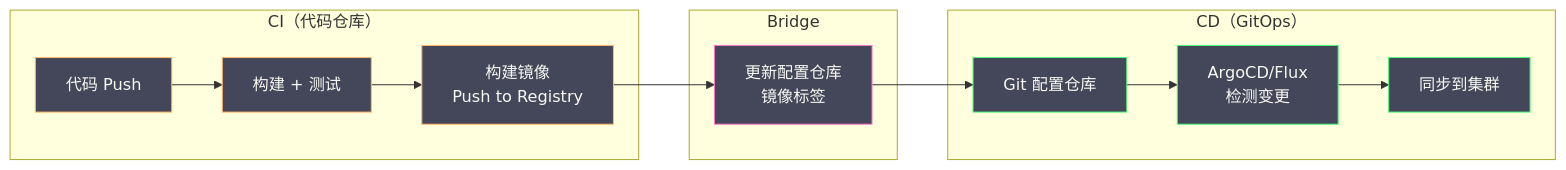
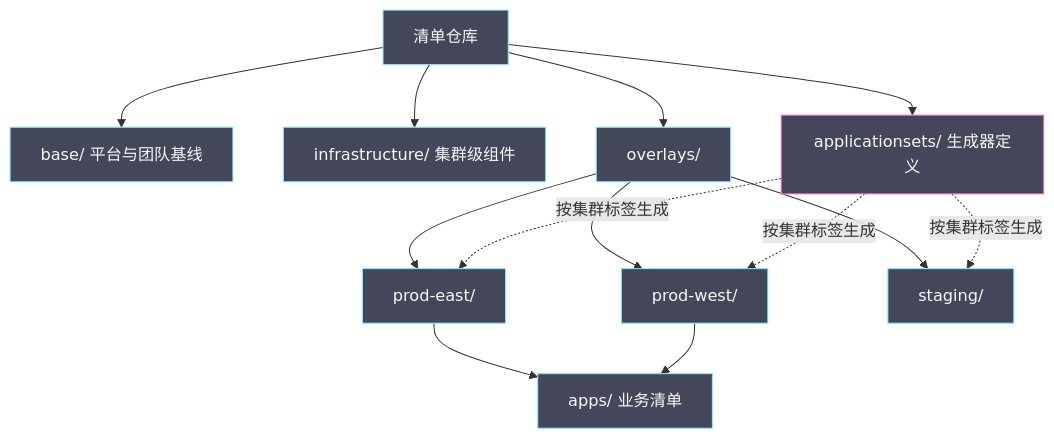
The fifth of 5 diagrams in content/云原生/Kubernetes/kubernetes生产实践与集群管理/05 应用交付——Helm Kustomize 与 GitOps.md (hpliStartAgain/my-brain), drawn with Mermaid before and after one commit. The commit also changed other lines of this file and 259 other files, not shown here.

````diff
--- a/content/云原生/Kubernetes/kubernetes生产实践与集群管理/05 应用交付——Helm Kustomize 与 GitOps.md
+++ b/content/云原生/Kubernetes/kubernetes生产实践与集群管理/05 应用交付——Helm Kustomize 与 GitOps.md
@@ -549,26 +552,22 @@
 ```mermaid
 %%{init: {'theme': 'dracula'}}%%
-graph LR
-    subgraph "CI（代码仓库）"
-        CODE["代码 Push"] --> BUILD["构建 + 测试"]
-        BUILD --> IMAGE["构建镜像</br>Push to Registry"]
-    end
+flowchart TD
+    ROOT["清单仓库"]
+    ROOT --> BASE["base/ 平台与团队基线"]
+    ROOT --> INFRA["infrastructure/ 集群级组件"]
+    ROOT --> OVL["overlays/"]
+    ROOT --> SET["applicationsets/ 生成器定义"]
+    OVL --> PE["prod-east/"]
+    OVL --> PW["prod-west/"]
+    OVL --> ST["staging/"]
+    PE --> APPS["apps/ 业务清单"]
+    PW --> APPS
+    SET -.->|"按集群标签生成"| PE
+    SET -.->|"按集群标签生成"| PW
+    SET -.->|"按集群标签生成"| ST
 
-    subgraph "Bridge"
-        IMAGE --> UPDATE["更新配置仓库</br>镜像标签"]
-    end
-
-    subgraph "CD（GitOps）"
-        UPDATE --> GIT["Git 配置仓库"]
-        GIT --> ARGO["ArgoCD/Flux</br>检测变更"]
-        ARGO --> SYNC["同步到集群"]
-    end
-
-    classDef ci fill:#44475a,stroke:#ffb86c,color:#f8f8f2
-    classDef bridge fill:#44475a,stroke:#ff79c6,color:#f8f8f2
-    classDef cd fill:#44475a,stroke:#50fa7b,color:#f8f8f2
-
-    class CODE,BUILD,IMAGE ci
-    class UPDATE bridge
-    class GIT,ARGO,SYNC cd
+    classDef dir fill:#44475a,stroke:#8be9fd,color:#f8f8f2
+    classDef gen fill:#44475a,stroke:#ff79c6,color:#f8f8f2
+    class ROOT,BASE,INFRA,OVL,PE,PW,ST,APPS dir
+    class SET gen
 ```
````
